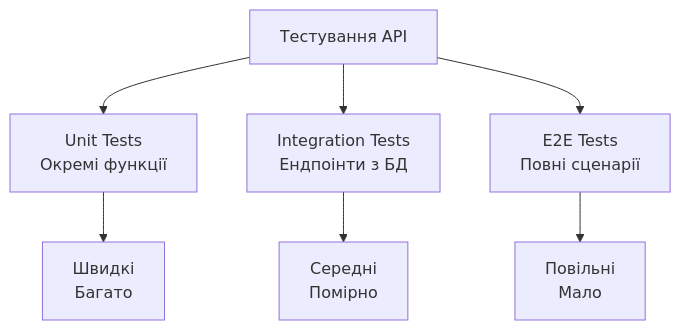
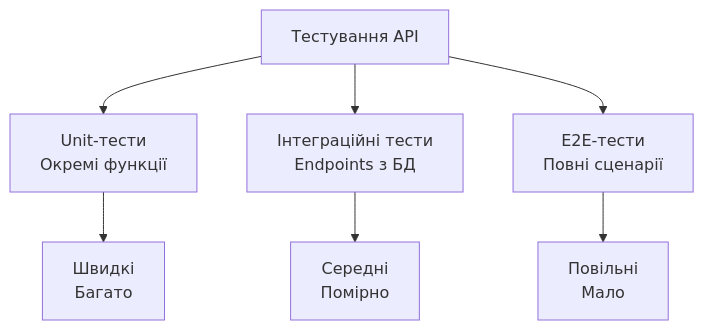
The seventh of 9 diagrams in presentations/presentation-11.md (olroi421/course-opi-v2), drawn with Mermaid before and after one commit. The commit also changed other lines of this file and 10 other files, not shown here.

````diff
--- a/presentations/presentation-11.md
+++ b/presentations/presentation-11.md
@@ -492,10 +666,10 @@
 ```mermaid
 graph TB
-    A[Тестування API] --> B[Unit Tests<br/>Окремі функції]
-    A --> C[Integration Tests<br/>Ендпоінти з БД]
-    A --> D[E2E Tests<br/>Повні сценарії]
+    A["Тестування API"] --> B["Unit-тести<br/>Окремі функції"]
+    A --> C["Інтеграційні тести<br/>Endpoints з БД"]
+    A --> D["E2E-тести<br/>Повні сценарії"]
 
-    B --> E[Швидкі<br/>Багато]
-    C --> F[Середні<br/>Помірно]
-    D --> G[Повільні<br/>Мало]
+    B --> E["Швидкі<br/>Багато"]
+    C --> F["Середні<br/>Помірно"]
+    D --> G["Повільні<br/>Мало"]
 ```
````
